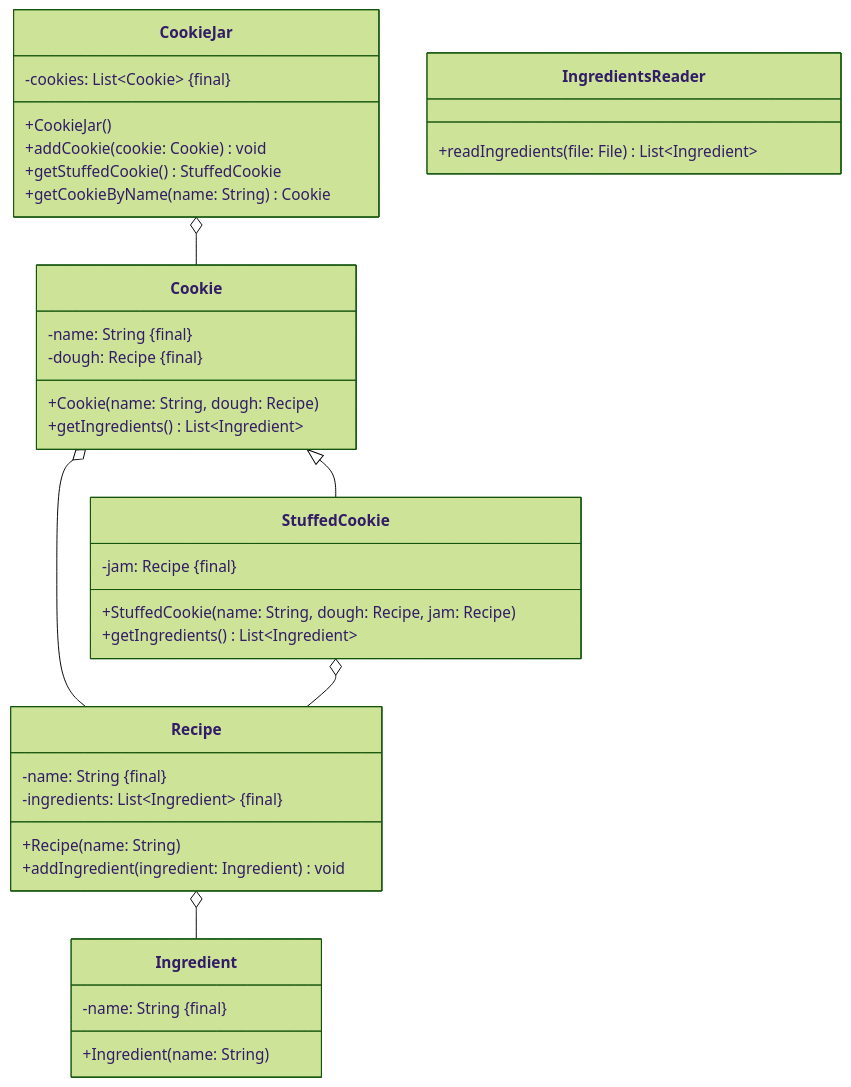
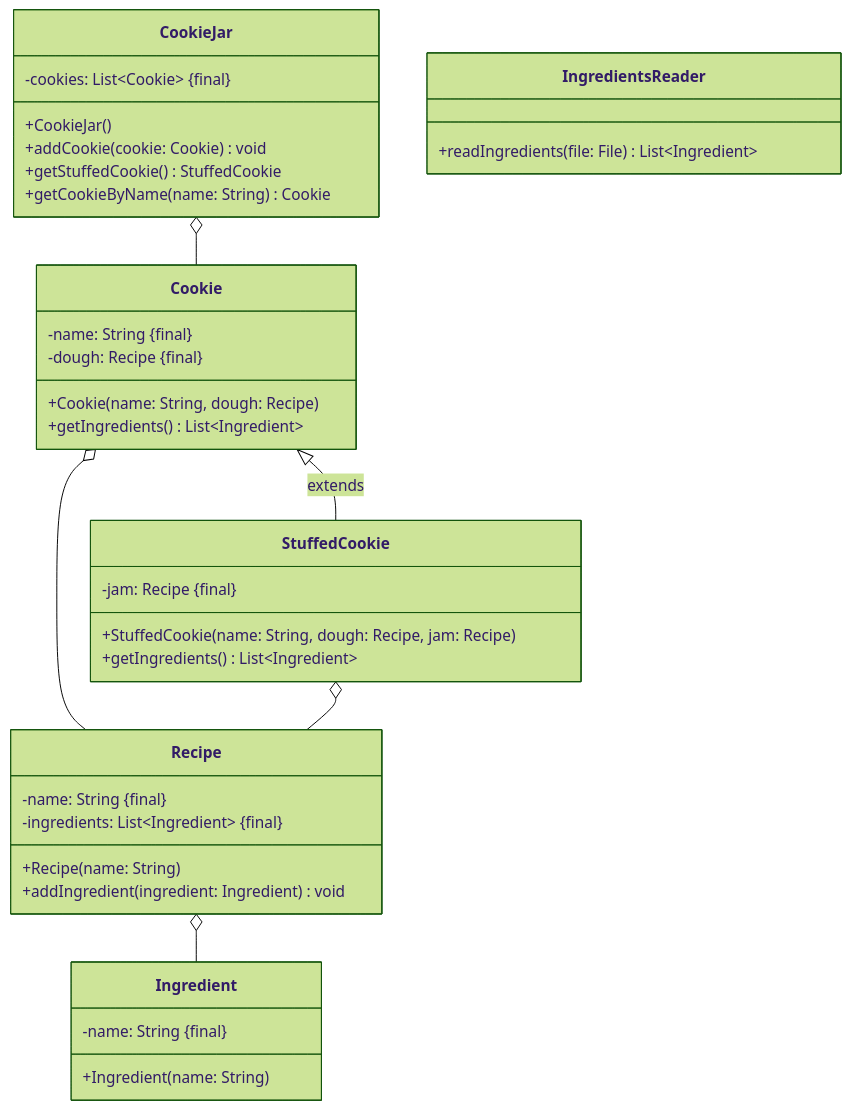
The diagram in docs/exam-exercises/exam-exercises-java1/cookie-jar.md (jappuccini/java-docs), drawn with Mermaid (forest theme) before and after one commit. The commit also changed 36 other files, not shown here.

````diff
--- a/docs/exam-exercises/exam-exercises-java1/cookie-jar.md
+++ b/docs/exam-exercises/exam-exercises-java1/cookie-jar.md
@@ -12,45 +12,45 @@
 ```mermaid
 classDiagram
     CookieJar o-- Cookie
-    Cookie <|-- StuffedCookie
+    Cookie <|-- StuffedCookie : extends
     Cookie o-- Recipe
     StuffedCookie o-- Recipe
     Recipe o-- Ingredient
 
     class CookieJar {
         -cookies: List~Cookie~ &#123final&#125
         +CookieJar()
         +addCookie(cookie: Cookie) void
         +getStuffedCookie() StuffedCookie
         +getCookieByName(name: String) Cookie
     }
 
     class Cookie {
         -name: String &#123final&#125
         -dough: Recipe &#123final&#125
         +Cookie(name: String, dough: Recipe)
         +getIngredients() List~Ingredient~
     }
 
     class StuffedCookie {
         -jam: Recipe &#123final&#125
         +StuffedCookie(name: String, dough: Recipe, jam: Recipe)
         +getIngredients() List~Ingredient~
     }
 
     class Recipe {
         -name: String &#123final&#125
         -ingredients: List~Ingredient~ &#123final&#125
         +Recipe(name: String)
         +addIngredient(ingredient: Ingredient) void
     }
 
     class Ingredient {
         -name: String &#123final&#125
         +Ingredient(name: String)
     }
 
     class IngredientsReader {
         +readIngredients(file: File) List~Ingredient~
     }
 ```
````
